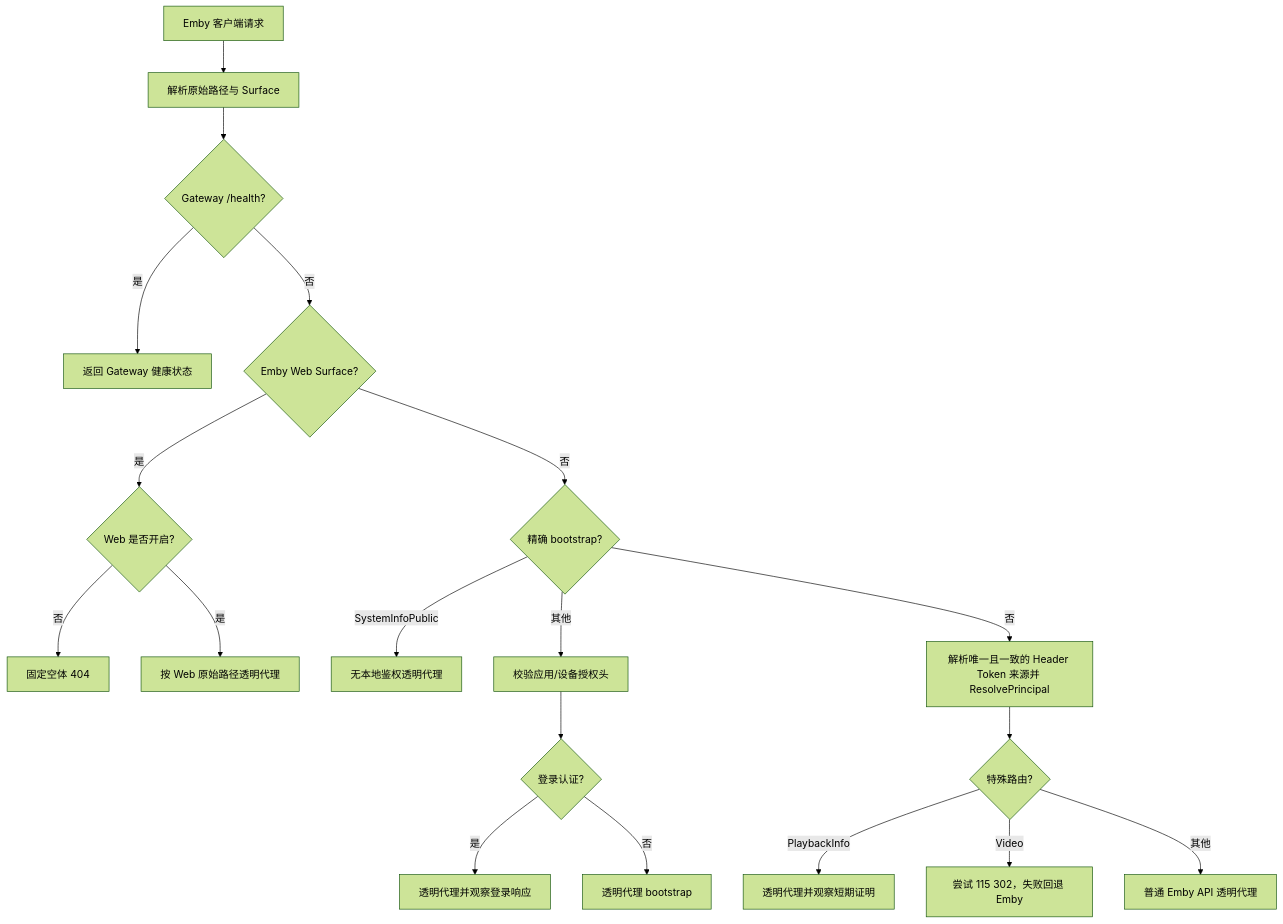
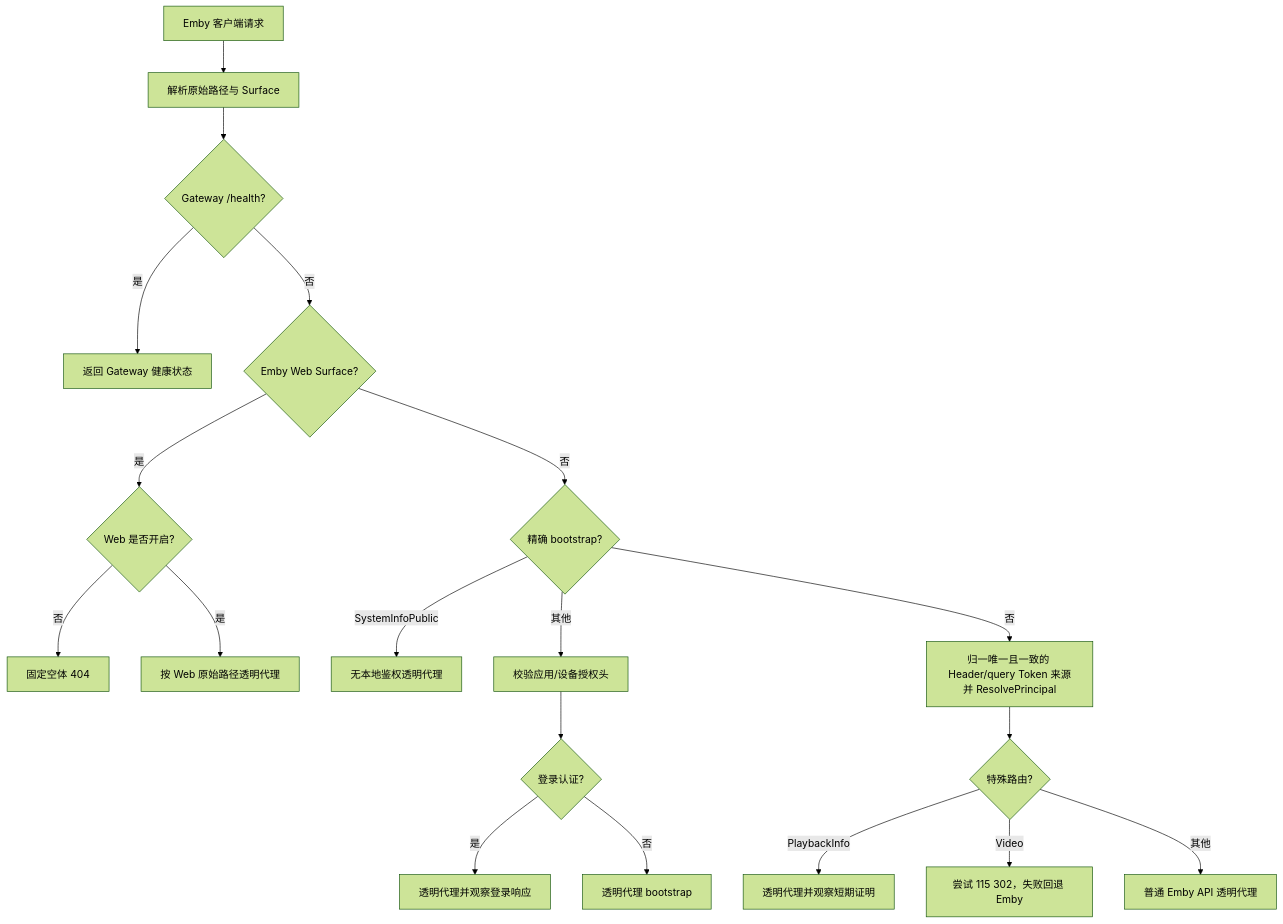
The first of 2 diagrams in docs/plan/architecture/ember-gateway-transparent-proxy-and-web-access.md (konghanghang/ember), drawn with Mermaid (forest theme) before and after one commit. The commit also changed other lines of this file and 17 other files, not shown here.

````diff
--- a/docs/plan/architecture/ember-gateway-transparent-proxy-and-web-access.md
+++ b/docs/plan/architecture/ember-gateway-transparent-proxy-and-web-access.md
@@ -116,21 +119,21 @@
 ```mermaid
 flowchart TD
     Client[Emby 客户端请求] --> Normalize[解析原始路径与 Surface]
     Normalize --> Health{Gateway /health?}
     Health -- 是 --> HealthResponse[返回 Gateway 健康状态]
     Health -- 否 --> Web{Emby Web Surface?}
     Web -- 是 --> WebSwitch{Web 是否开启?}
     WebSwitch -- 否 --> NotFound[固定空体 404]
     WebSwitch -- 是 --> WebProxy[按 Web 原始路径透明代理]
     Web -- 否 --> Bootstrap{精确 bootstrap?}
     Bootstrap -- SystemInfoPublic --> BootstrapProxy[无本地鉴权透明代理]
     Bootstrap -- 其他 --> AppHeader[校验应用/设备授权头]
     AppHeader --> BootstrapRoute{登录认证?}
     BootstrapRoute -- 是 --> AuthObserve[透明代理并观察登录响应]
     BootstrapRoute -- 否 --> AuthenticatedBootstrapProxy[透明代理 bootstrap]
-    Bootstrap -- 否 --> Principal[解析唯一且一致的 Header Token 来源并 ResolvePrincipal]
+    Bootstrap -- 否 --> Principal[归一唯一且一致的 Header/query Token 来源并 ResolvePrincipal]
     Principal --> Route{特殊路由?}
     Route -- PlaybackInfo --> ProofObserve[透明代理并观察短期证明]
     Route -- Video --> DirectPlay[尝试 115 302，失败回退 Emby]
     Route -- 其他 --> DefaultProxy[普通 Emby API 透明代理]
 ```
````
